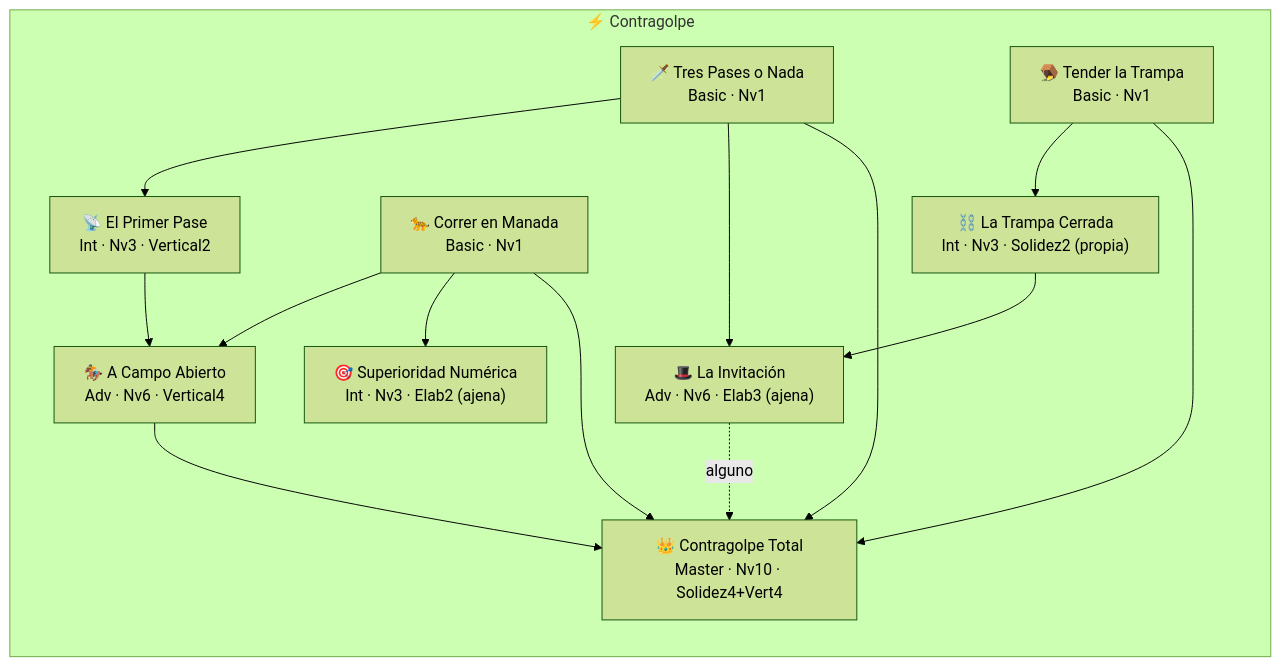
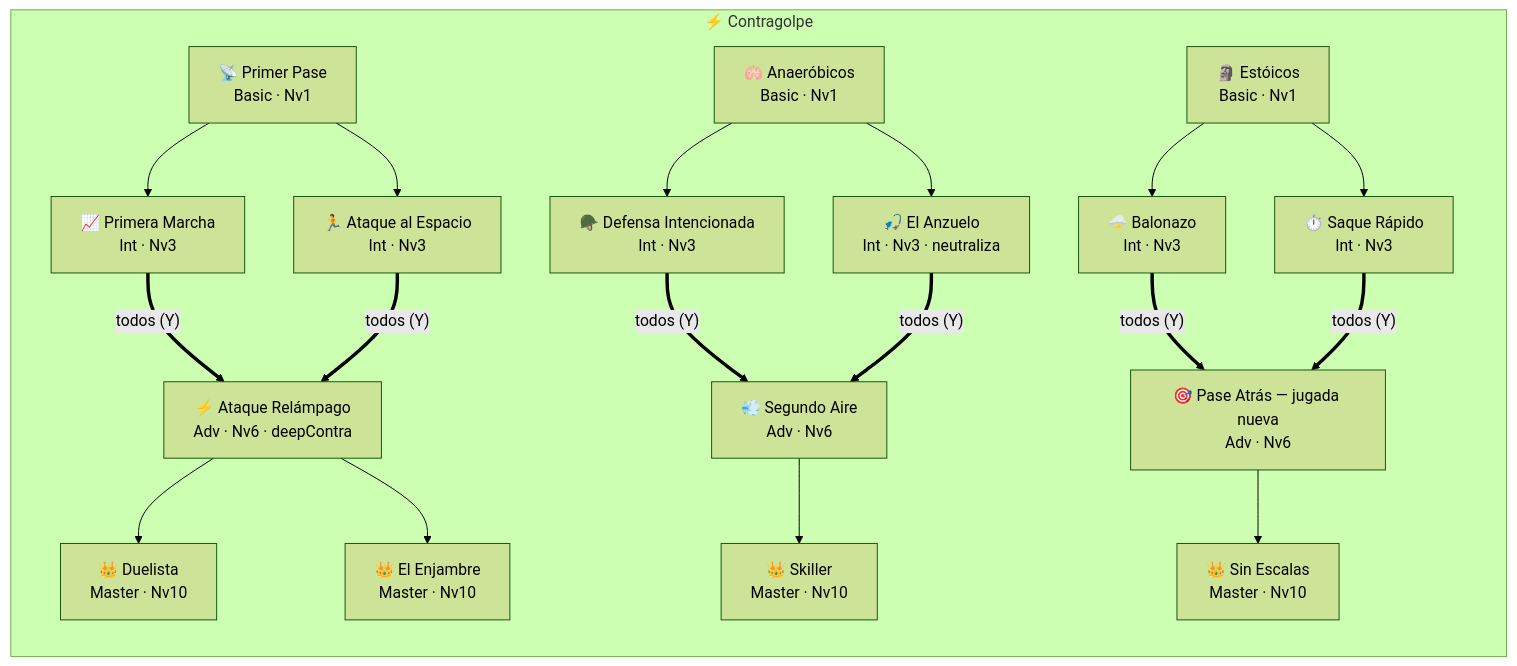
One commit to zeva04/wc-primelike changed the third of 4 diagrams in docs/RASGOS-catalogo.md. Above: the diagram before and after it, drawn with Mermaid (forest theme). The commit also changed other lines of this file and 9 other files, not shown here.

````diff
--- a/docs/RASGOS-catalogo.md
+++ b/docs/RASGOS-catalogo.md
@@ -175,25 +210,38 @@
 ```mermaid
 flowchart TD
   subgraph CON["⚡ Contragolpe"]
     direction TB
-    C1["🗡️ Tres Pases o Nada\nBasic · Nv1"]
-    C2["🪤 Tender la Trampa\nBasic · Nv1"]
-    C3["🐆 Correr en Manada\nBasic · Nv1"]
-    C4["📡 El Primer Pase\nInt · Nv3 · Vertical2"]
-    C5["⛓️ La Trampa Cerrada\nInt · Nv3 · Solidez2 (propia)"]
-    C6["🎯 Superioridad Numérica\nInt · Nv3 · Elab2 (ajena)"]
-    C7["🏇 A Campo Abierto\nAdv · Nv6 · Vertical4"]
-    C8["🎩 La Invitación\nAdv · Nv6 · Elab3 (ajena)"]
-    C9["👑 Contragolpe Total\nMaster · Nv10 · Solidez4+Vert4"]
-    C1 --> C4 --> C7
-    C3 --> C7
-    C2 --> C5 --> C8
-    C1 --> C8
-    C3 --> C6
+    C1["📡 Primer Pase\nBasic · Nv1"]
+    C2["📈 Primera Marcha\nInt · Nv3"]
+    C3["🏃 Ataque al Espacio\nInt · Nv3"]
+    C4["⚡ Ataque Relámpago\nAdv · Nv6 · deepContra"]
+    C5["👑 Duelista\nMaster · Nv10"]
+    C6["👑 El Enjambre\nMaster · Nv10"]
+    C7["🫁 Anaeróbicos\nBasic · Nv1"]
+    C8["🪖 Defensa Intencionada\nInt · Nv3"]
+    C9["🎣 El Anzuelo\nInt · Nv3 · neutraliza"]
+    C10["💨 Segundo Aire\nAdv · Nv6"]
+    C11["👑 Skiller\nMaster · Nv10"]
+    C12["🗿 Estóicos\nBasic · Nv1"]
+    C13["🌩️ Balonazo\nInt · Nv3"]
+    C14["⏱️ Saque Rápido\nInt · Nv3"]
+    C15["🎯 Pase Atrás — jugada nueva\nAdv · Nv6"]
+    C16["👑 Sin Escalas\nMaster · Nv10"]
+    C1 --> C2
+    C1 --> C3
+    C2 ==>|"todos (Y)"| C4
+    C3 ==>|"todos (Y)"| C4
+    C4 --> C5
+    C4 --> C6
+    C7 --> C8
     C7 --> C9
-    C8 -.->|"alguno"| C9
-    C1 --> C9
-    C2 --> C9
-    C3 --> C9
+    C8 ==>|"todos (Y)"| C10
+    C9 ==>|"todos (Y)"| C10
+    C10 --> C11
+    C12 --> C13
+    C12 --> C14
+    C13 ==>|"todos (Y)"| C15
+    C14 ==>|"todos (Y)"| C15
+    C15 --> C16
   end
 ```
````
